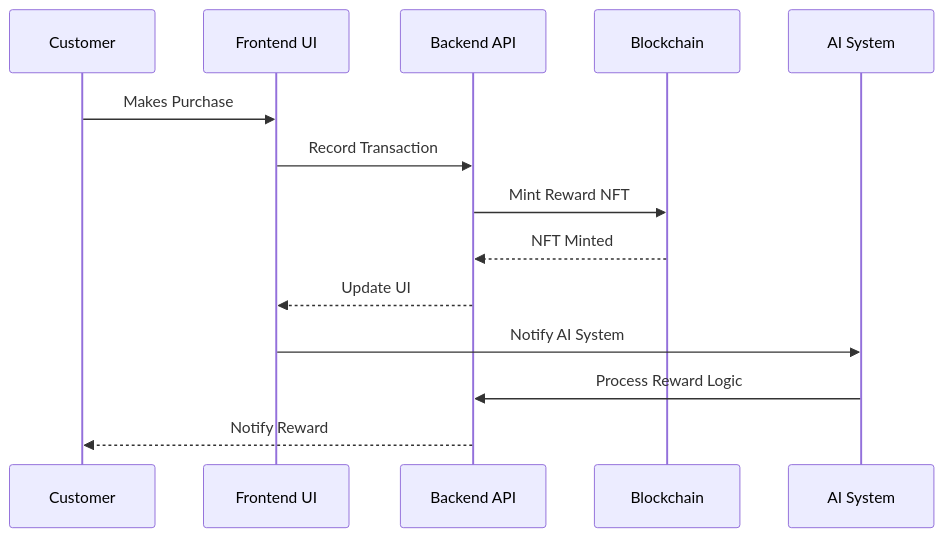
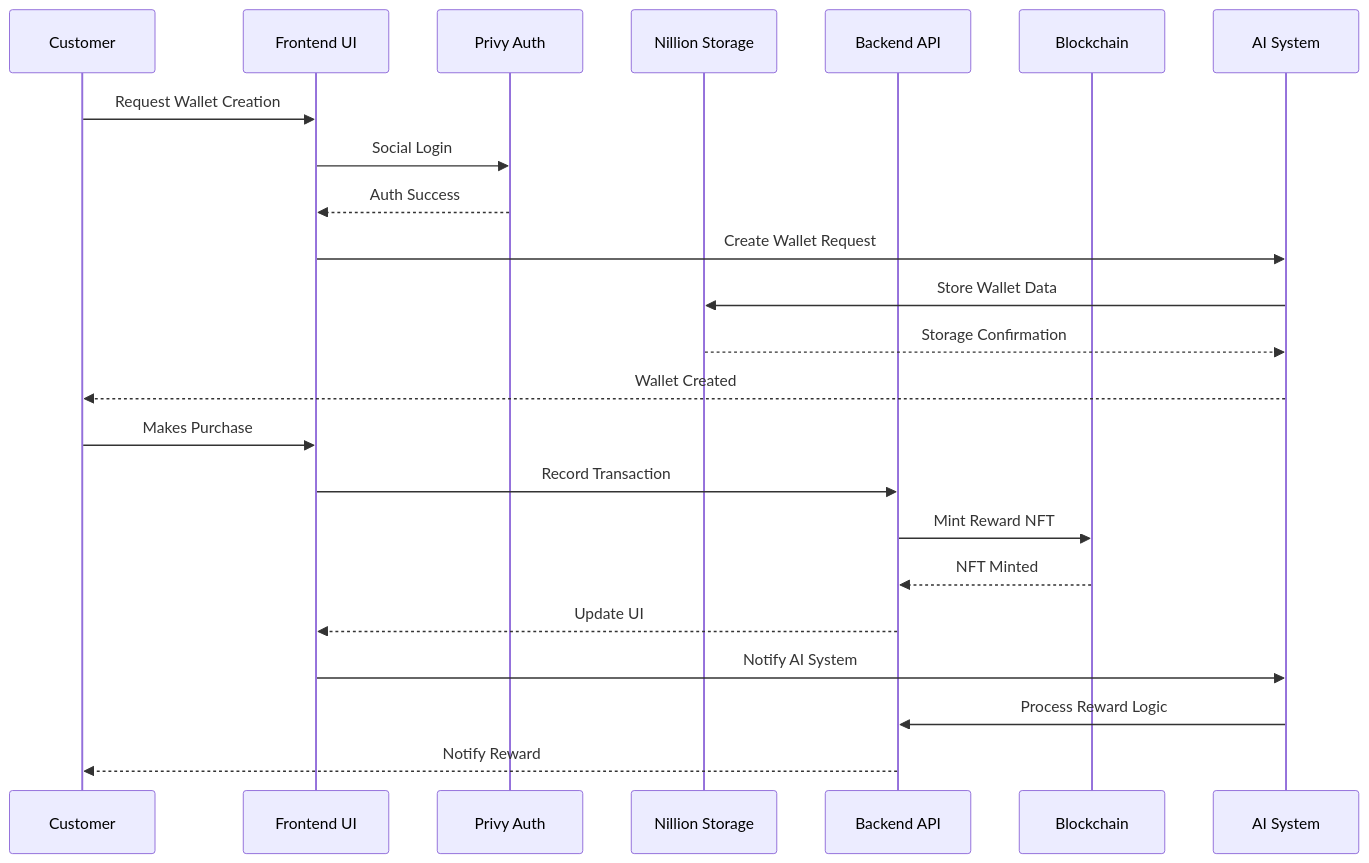
One commit to JulioMCruz/Infinity changed the second of 8 diagrams in ARCHITECTURE.md. Above: the diagram before and after it, drawn with Mermaid. The commit also changed other lines of this file and 3 other files, not shown here.

First line of the commit message:
docs: update documentation for social wallet integration

````diff
--- a/ARCHITECTURE.md
+++ b/ARCHITECTURE.md
@@ -66,17 +76,27 @@
 ```mermaid
 sequenceDiagram
     participant Customer
     participant UI as Frontend UI
+    participant Privy as Privy Auth
+    participant Nillion as Nillion Storage
     participant API as Backend API
     participant BC as Blockchain
     participant AI as AI System
+
+    Customer->>UI: Request Wallet Creation
+    UI->>Privy: Social Login
+    Privy-->>UI: Auth Success
+    UI->>AI: Create Wallet Request
+    AI->>Nillion: Store Wallet Data
+    Nillion-->>AI: Storage Confirmation
+    AI-->>Customer: Wallet Created
 
     Customer->>UI: Makes Purchase
     UI->>API: Record Transaction
     API->>BC: Mint Reward NFT
     BC-->>API: NFT Minted
     API-->>UI: Update UI
     UI->>AI: Notify AI System
     AI->>API: Process Reward Logic
     API-->>Customer: Notify Reward
 ```
````
